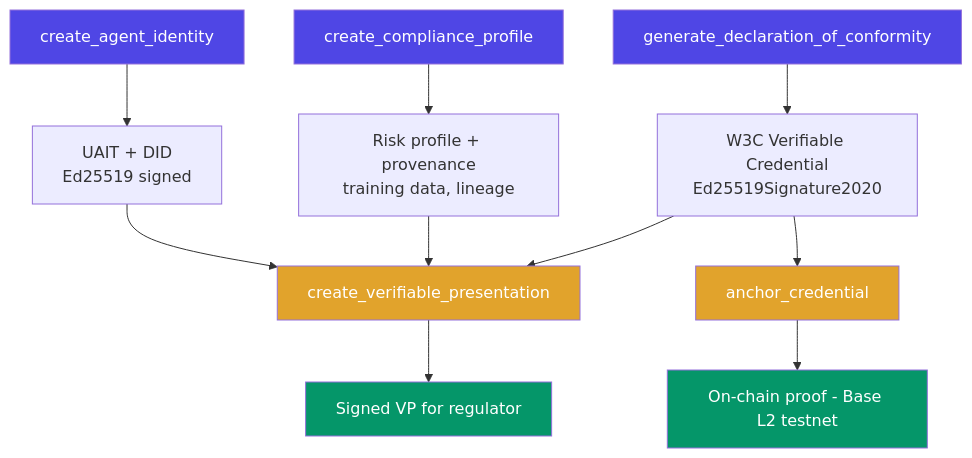
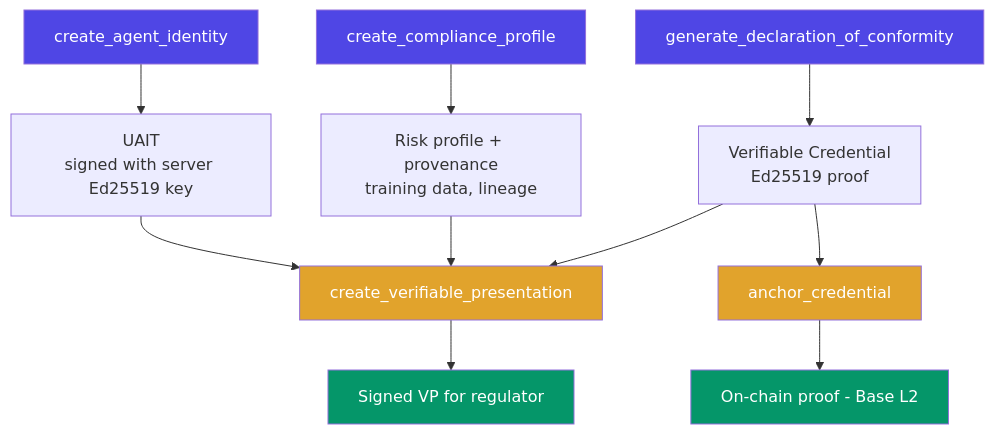
One commit to VibeTensor/attestix changed the diagram in website/content/docs/index.mdx. Above: the diagram before and after it, drawn with Mermaid. The commit also changed other lines of this file and 49 other files, not shown here.

````diff
--- a/website/content/docs/index.mdx
+++ b/website/content/docs/index.mdx
@@ -87,22 +93,22 @@
 ```mermaid
 flowchart TD
-    A[create_agent_identity] --> B[UAIT + DID<br/>Ed25519 signed]
+    A[create_agent_identity] --> B[UAIT<br/>signed with server Ed25519 key]
     C[create_compliance_profile] --> D[Risk profile + provenance<br/>training data, lineage]
-    E[generate_declaration_of_conformity] --> F[W3C Verifiable Credential<br/>Ed25519Signature2020]
+    E[generate_declaration_of_conformity] --> F[Verifiable Credential<br/>Ed25519 proof]
 
     B --> G[create_verifiable_presentation]
     D --> G
     F --> G
     F --> H[anchor_credential]
 
     G --> I[Signed VP for regulator]
-    H --> J[On-chain proof - Base L2 testnet]
+    H --> J[On-chain proof - Base L2]
 
     style A fill:#4f46e5,color:#fff
     style C fill:#4f46e5,color:#fff
     style E fill:#4f46e5,color:#fff
     style G fill:#e1a32c,color:#fff
     style H fill:#e1a32c,color:#fff
     style I fill:#059669,color:#fff
     style J fill:#059669,color:#fff
 ```
````
